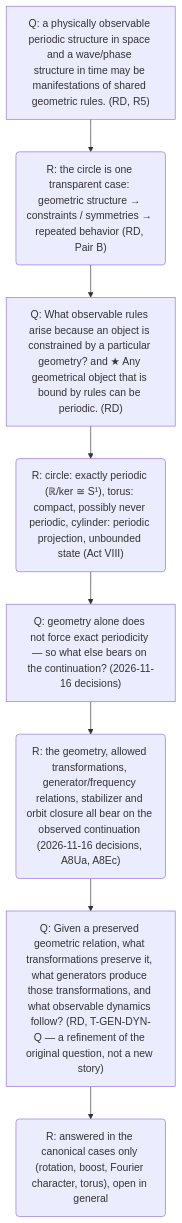
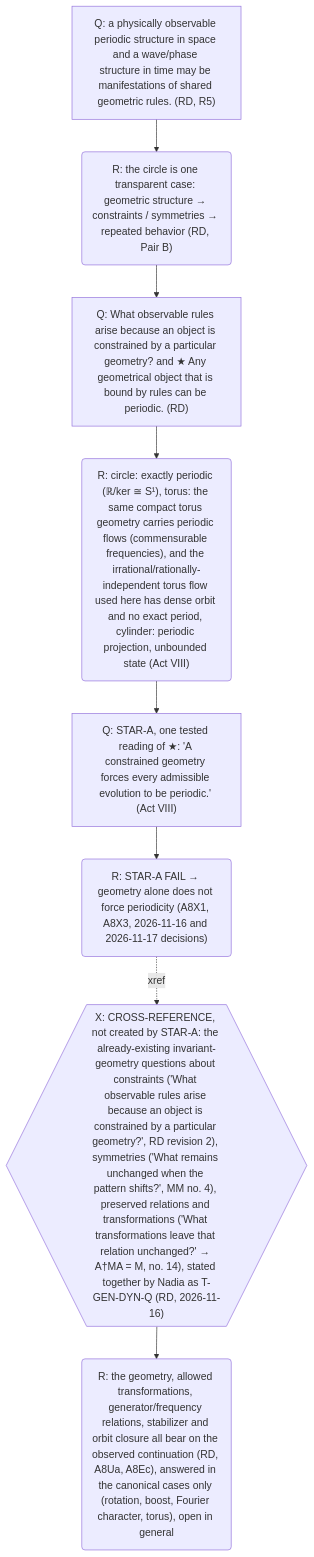
One commit to nadiapriyam/ENERGEO changed the sixth of 12 diagrams in research/canonical_story.md. Above: the diagram before and after it, drawn with Mermaid. The commit also changed other lines of this file and 28 other files, not shown here.

````diff
--- a/research/canonical_story.md
+++ b/research/canonical_story.md
@@ -294,18 +306,18 @@
 ```mermaid
 flowchart TD
   PB0["Q: a physically observable periodic structure in space and a wave/phase structure in time may be manifestations of shared geometric rules. (RD, R5)"]
   PB1("R: the circle is one transparent case: geometric structure → constraints / symmetries → repeated behavior (RD, Pair B)")
   PB0 --> PB1
   PB2["Q: What observable rules arise because an object is constrained by a particular geometry? and ★ Any geometrical object that is bound by rules can be periodic. (RD)"]
   PB1 --> PB2
-  PB3("R: circle: exactly periodic (ℝ/ker ≅ S¹), torus: compact, possibly never periodic, cylinder: periodic projection, unbounded state (Act VIII)")
+  PB3("R: circle: exactly periodic (ℝ/ker ≅ S¹), torus: the same compact torus geometry carries periodic flows (commensurable frequencies), and the irrational/rationally-independent torus flow used here has dense orbit and no exact period, cylinder: periodic projection, unbounded state (Act VIII)")
   PB2 --> PB3
-  PB4["Q: geometry alone does not force exact periodicity — so what else bears on the continuation? (2026-11-16 decisions)"]
+  PB4["Q: STAR-A, one tested reading of ★: 'A constrained geometry forces every admissible evolution to be periodic.' (Act VIII)"]
   PB3 --> PB4
-  PB5("R: the geometry, allowed transformations, generator/frequency relations, stabilizer and orbit closure all bear on the observed continuation (2026-11-16 decisions, A8Ua, A8Ec)")
+  PB5("R: STAR-A FAIL → geometry alone does not force periodicity (A8X1, A8X3, 2026-11-16 and 2026-11-17 decisions)")
   PB4 --> PB5
-  PB6["Q: Given a preserved geometric relation, what transformations preserve it, what generators produce those transformations, and what observable dynamics follow? (RD, T-GEN-DYN-Q — a refinement of the original question, not a new story)"]
-  PB5 --> PB6
-  PB7("R: answered in the canonical cases only (rotation, boost, Fourier character, torus), open in general")
+  PB6{{"X: CROSS-REFERENCE, not created by STAR-A: the already-existing invariant-geometry questions about constraints ('What observable rules arise because an object is constrained by a particular geometry?', RD revision 2), symmetries ('What remains unchanged when the pattern shifts?', MM no. 4), preserved relations and transformations ('What transformations leave that relation unchanged?' → A†MA = M, no. 14), stated together by Nadia as T-GEN-DYN-Q (RD, 2026-11-16)"}}
+  PB5 -. xref .-> PB6
+  PB7("R: the geometry, allowed transformations, generator/frequency relations, stabilizer and orbit closure all bear on the observed continuation (RD, A8Ua, A8Ec), answered in the canonical cases only (rotation, boost, Fourier character, torus), open in general")
   PB6 --> PB7
 ```
````
